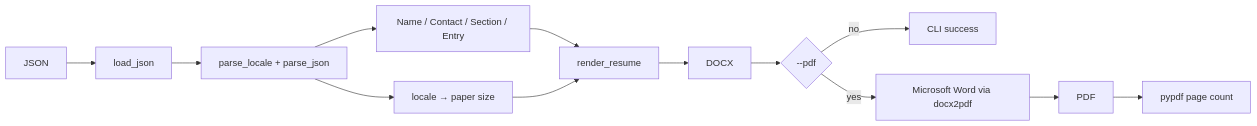
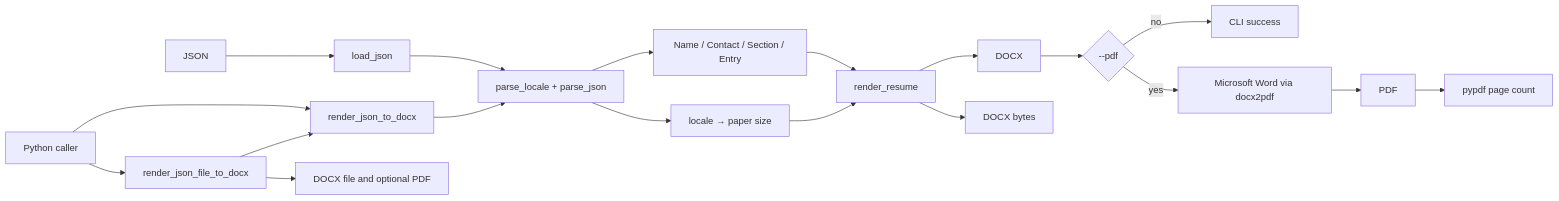
The diagram in docs/ARCHITECTURE.md (Eric-Zhou-0302/JSON-Resume), drawn with Mermaid before and after one commit. The commit also changed other lines of this file and 46 other files, not shown here.

````diff
--- a/docs/ARCHITECTURE.md
+++ b/docs/ARCHITECTURE.md
@@ -15,15 +15,23 @@
 ```mermaid
 flowchart LR
     A[JSON] --> B[load_json]
     B --> C[parse_locale + parse_json]
     C --> D[Name / Contact / Section / Entry]
     C --> E[locale → paper size]
     D --> F[render_resume]
     E --> F
     F --> G[DOCX]
     G --> H{--pdf}
     H -- no --> I[CLI success]
     H -- yes --> J[Microsoft Word via docx2pdf]
     J --> K[PDF]
     K --> L[pypdf page count]
+
+    M[Python caller] --> N[render_json_to_docx]
+    N --> C
+    F --> O[DOCX bytes]
+
+    M --> P[render_json_file_to_docx]
+    P --> N
+    P --> Q[DOCX file and optional PDF]
 ```
````
